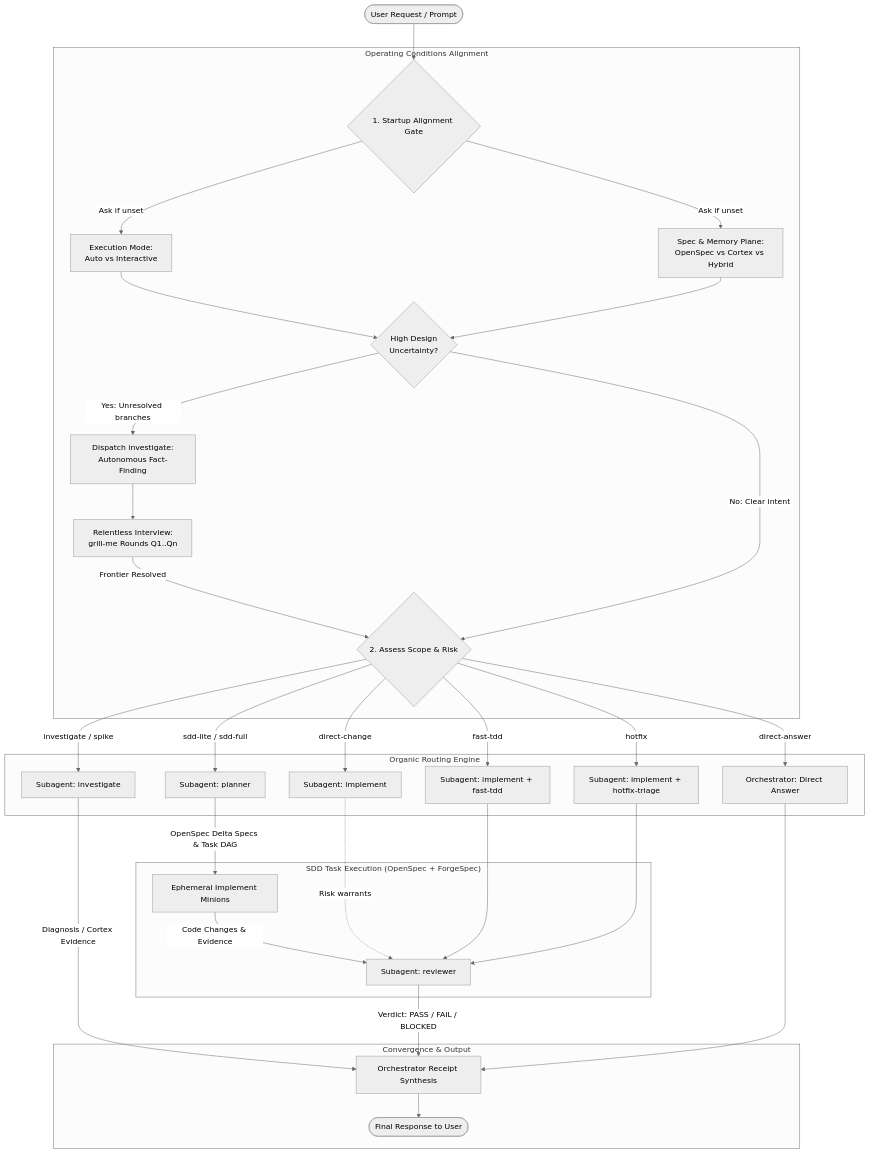
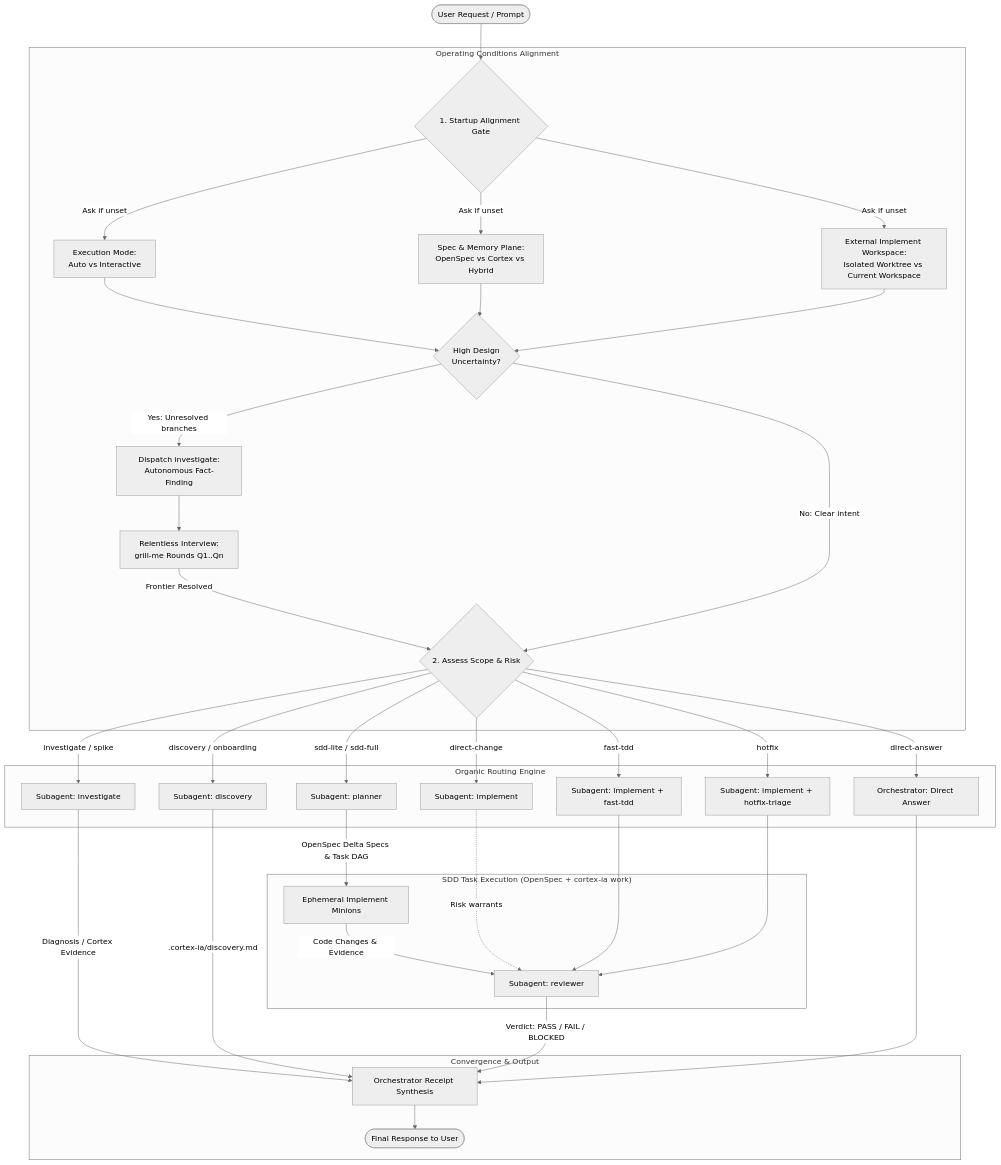
One commit to lleontor705/cortex-ia changed the first of 4 diagrams in internal/assets/AGENTS.md. Above: the diagram before and after it, drawn with Mermaid (neutral theme). The commit also changed other lines of this file and 147 other files, not shown here.

````diff
--- a/internal/assets/AGENTS.md
+++ b/internal/assets/AGENTS.md
@@ -17,42 +22,46 @@
 ```mermaid
 flowchart TD
     User([User Request / Prompt]) --> StartGate{1. Startup Alignment Gate}
     
     subgraph Alignment ["Operating Conditions Alignment"]
         StartGate -->|Ask if unset| ModeChoice[Execution Mode:\nAuto vs Interactive]
         StartGate -->|Ask if unset| PlaneChoice[Spec & Memory Plane:\nOpenSpec vs Cortex vs Hybrid]
+        StartGate -->|Ask if unset| WorkspaceChoice[External Implement Workspace:\nIsolated Worktree vs Current Workspace]
         
         ModeChoice --> AmbiguityCheck{High Design\nUncertainty?}
         PlaneChoice --> AmbiguityCheck
+        WorkspaceChoice --> AmbiguityCheck
         
         AmbiguityCheck -->|Yes: Unresolved branches| InvFact[Dispatch investigate:\nAutonomous Fact-Finding]
         InvFact --> GrillMe[Relentless Interview:\ngrill-me Rounds Q1..Qn]
         GrillMe -->|Frontier Resolved| RouteDecision{2. Assess Scope & Risk}
         AmbiguityCheck -->|No: Clear intent| RouteDecision
     end
 
     subgraph Routing ["Organic Routing Engine"]
         RouteDecision -->|direct-answer| OrchSelf[Orchestrator: Direct Answer]
+        RouteDecision -->|discovery / onboarding| SubDiscovery[Subagent: discovery]
         RouteDecision -->|investigate / spike| SubInv[Subagent: investigate]
         RouteDecision -->|direct-change| SubImpDirect[Subagent: implement]
         RouteDecision -->|fast-tdd| SubImpTDD[Subagent: implement + fast-tdd]
         RouteDecision -->|hotfix| SubImpHotfix[Subagent: implement + hotfix-triage]
         RouteDecision -->|sdd-lite / sdd-full| SubPlan[Subagent: planner]
     end
 
-    subgraph SDD_Flow ["SDD Task Execution (OpenSpec + ForgeSpec)"]
+    subgraph SDD_Flow ["SDD Task Execution (OpenSpec + cortex-ia work)"]
         SubPlan -->|OpenSpec Delta Specs & Task DAG| Minions[Ephemeral Implement Minions]
         Minions -->|Code Changes & Evidence| SubRev[Subagent: reviewer]
     end
 
     SubImpDirect -.->|Risk warrants| SubRev
     SubImpTDD --> SubRev
     SubImpHotfix --> SubRev
 
     subgraph Convergence ["Convergence & Output"]
         SubInv -->|Diagnosis / Cortex Evidence| OrchFinal[Orchestrator Receipt Synthesis]
+        SubDiscovery -->|.cortex-ia/discovery.md| OrchFinal
         SubRev -->|Verdict: PASS / FAIL / BLOCKED| OrchFinal
         OrchSelf --> OrchFinal
         OrchFinal --> Done([Final Response to User])
     end
 ```
````
